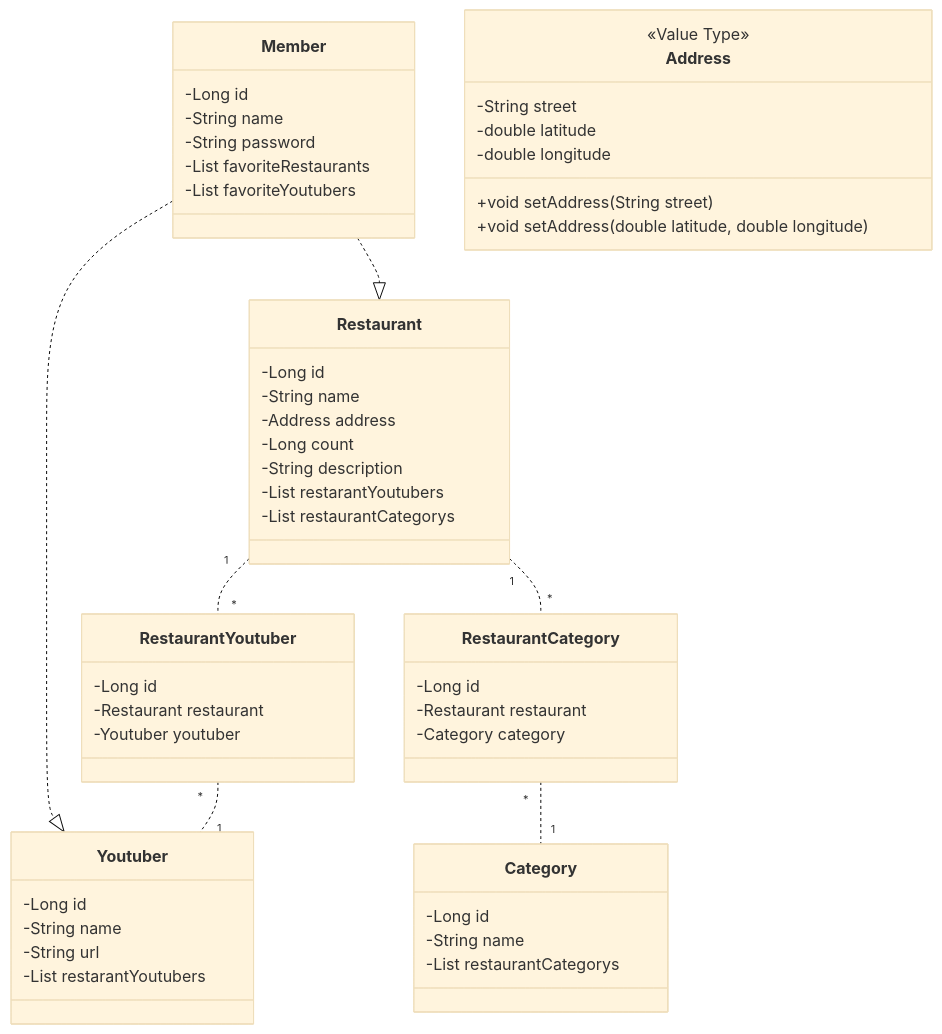
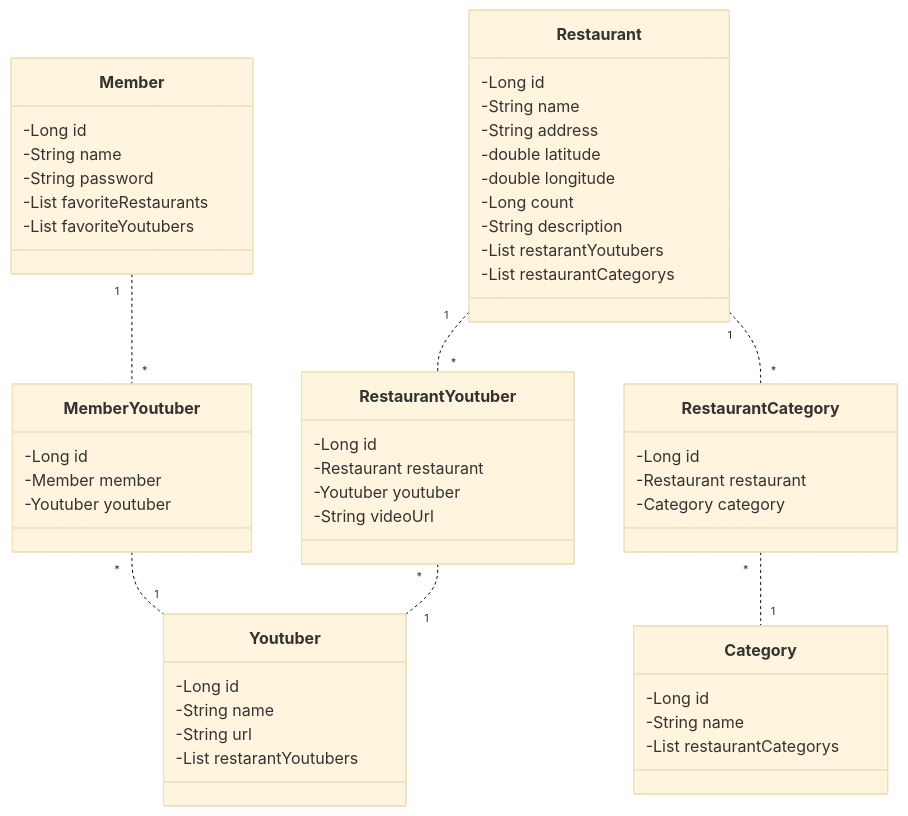
Before and after one commit to jhyuk316/MapZip: the first of 2 diagrams in README.md, drawn with Mermaid (base theme). The commit also changed other lines of this file and 3 other files, not shown here.

````diff
--- a/README.md
+++ b/README.md
@@ -19,61 +42,61 @@
 ```mermaid
 classDiagram
-    Member ..|> Restaurant
-    Member ..|> Youtuber
     Restaurant "1".."*" RestaurantYoutuber
     RestaurantYoutuber "*".."1" Youtuber
     Restaurant "1".."*" RestaurantCategory
     RestaurantCategory "*".."1" Category
+    Member "1".."*" MemberYoutuber
+    MemberYoutuber "*".."1" Youtuber
+
+    class Restaurant{
+        -Long id
+        -String name
+        -String address
+        -double latitude
+        -double longitude
+        -Long count
+        -String description
+        -List<RestaurantYoutuber> restarantYoutubers
+        -List<RestaurantCategory> restaurantCategorys
+    }
+
+    class Youtuber{
+        -Long id
+        -String name
+        -String url
+        -List<RestaurantYoutuber> restarantYoutubers
+    }
 
     class Member{
         -Long id
         -String name
         -String password
         -List<Restaurant> favoriteRestaurants
         -List<Youtuber> favoriteYoutubers
     }
 
-    class Restaurant{
+    class MemberYoutuber{
         -Long id
-        -String name
-        -Address address
-        -Long count
-        -String description
-        -List<RestaurantYoutuber> restarantYoutubers
-        -List<RestaurantCategory> restaurantCategorys
-    }
-
-    class Address{
-        <<Value Type>>
-        -String street
-        -double latitude
-        -double longitude
-        +void setAddress(String street)
-        +void setAddress(double latitude, double longitude)
-    }
-
-    class Youtuber{
-        -Long id
-        -String name
-        -String url
-        -List<RestaurantYoutuber> restarantYoutubers
+        -Member member
+        -Youtuber youtuber
     }
 
     class RestaurantYoutuber{
         -Long id
         -Restaurant restaurant
         -Youtuber youtuber
+        -String videoUrl
     }
 
     class Category{
         -Long id
         -String name
         -List<RestaurantCategory> restaurantCategorys
     }
 
     class RestaurantCategory{
         -Long id
         -Restaurant restaurant
         -Category category
     }
 ```
````
